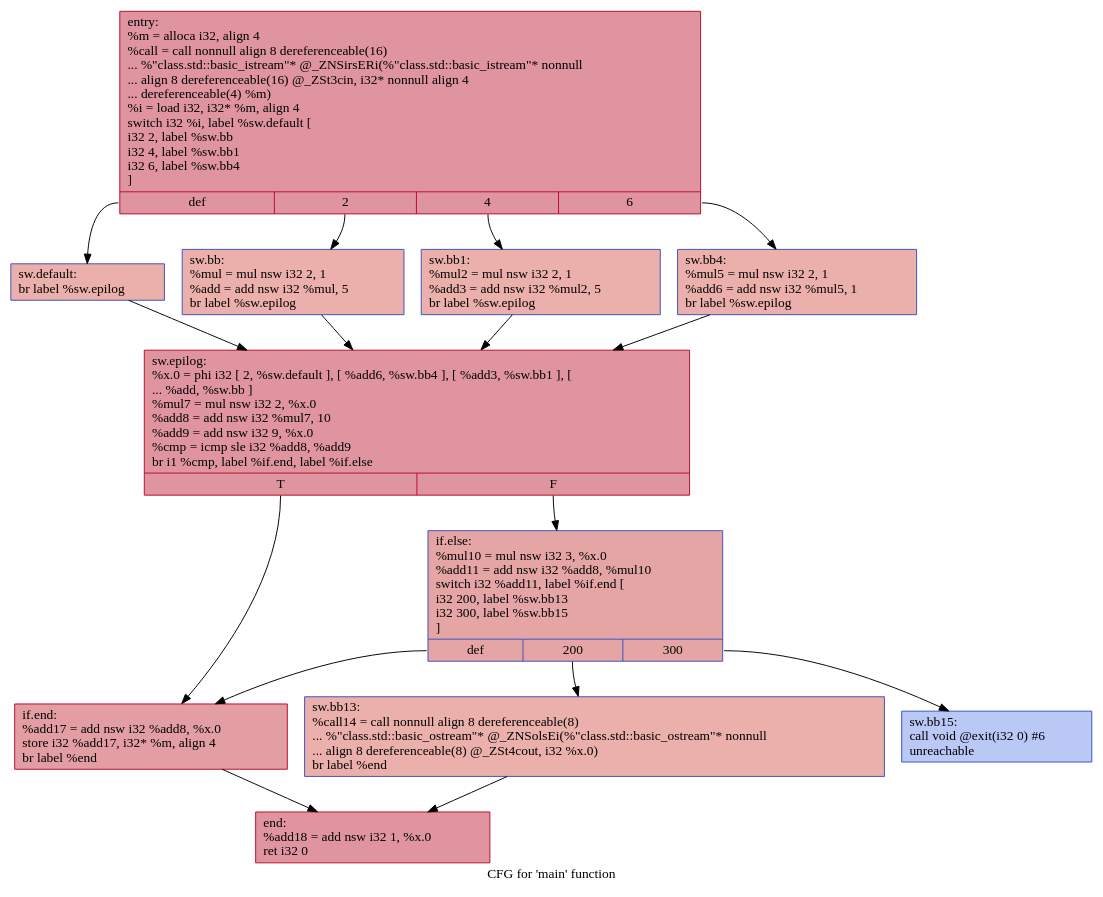
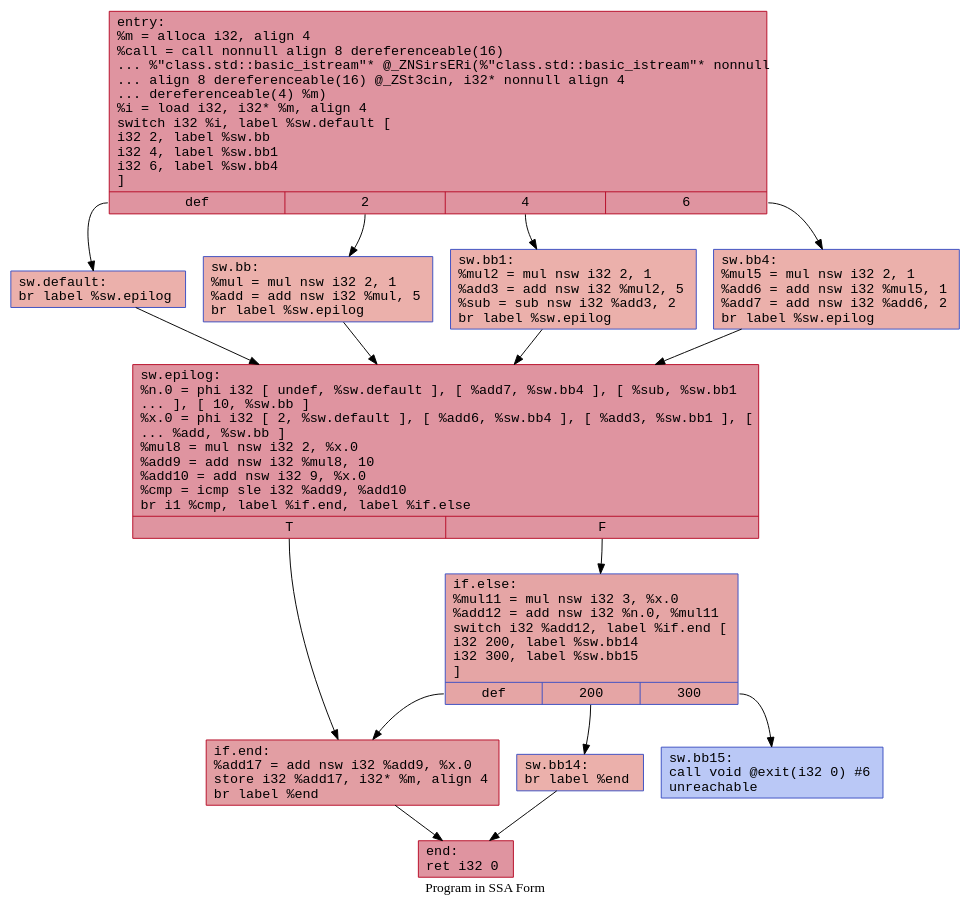
Before and after one commit to HPSSA-LLVM/HPSSA-LLVM: the diagram in IR/cfg/baseline.dot, drawn with Graphviz. The commit also changed 42 other files, not shown here.

```diff
--- a/IR/cfg/baseline.dot
+++ b/IR/cfg/baseline.dot
@@ -1,30 +1,31 @@
 digraph "CFG for 'main' function" {
-	label="CFG for 'main' function";
-
-	Node0x561a5ad17260 [shape=record,color="#b70d28ff", style=filled, fillcolor="#b70d2870",label="{entry:\l  %m = alloca i32, align 4\l  %call = call nonnull align 8 dereferenceable(16)\l... %\"class.std::basic_istream\"* @_ZNSirsERi(%\"class.std::basic_istream\"* nonnull\l... align 8 dereferenceable(16) @_ZSt3cin, i32* nonnull align 4\l... dereferenceable(4) %m)\l  %i = load i32, i32* %m, align 4\l  switch i32 %i, label %sw.default [\l    i32 2, label %sw.bb\l    i32 4, label %sw.bb1\l    i32 6, label %sw.bb4\l  ]\l|{<s0>def|<s1>2|<s2>4|<s3>6}}"];
-	Node0x561a5ad17260:s0 -> Node0x561a5ad176a0;
-	Node0x561a5ad17260:s1 -> Node0x561a5ad177b0;
-	Node0x561a5ad17260:s2 -> Node0x561a5ad178b0;
-	Node0x561a5ad17260:s3 -> Node0x561a5ad179b0;
-	Node0x561a5ad177b0 [shape=record,color="#3d50c3ff", style=filled, fillcolor="#d24b4070",label="{sw.bb:                                            \l  %mul = mul nsw i32 2, 1\l  %add = add nsw i32 %mul, 5\l  br label %sw.epilog\l}"];
-	Node0x561a5ad177b0 -> Node0x561a5ad17c60;
-	Node0x561a5ad178b0 [shape=record,color="#3d50c3ff", style=filled, fillcolor="#d24b4070",label="{sw.bb1:                                           \l  %mul2 = mul nsw i32 2, 1\l  %add3 = add nsw i32 %mul2, 5\l  br label %sw.epilog\l}"];
-	Node0x561a5ad178b0 -> Node0x561a5ad17c60;
-	Node0x561a5ad179b0 [shape=record,color="#3d50c3ff", style=filled, fillcolor="#d24b4070",label="{sw.bb4:                                           \l  %mul5 = mul nsw i32 2, 1\l  %add6 = add nsw i32 %mul5, 1\l  br label %sw.epilog\l}"];
-	Node0x561a5ad179b0 -> Node0x561a5ad17c60;
-	Node0x561a5ad176a0 [shape=record,color="#3d50c3ff", style=filled, fillcolor="#d24b4070",label="{sw.default:                                       \l  br label %sw.epilog\l}"];
-	Node0x561a5ad176a0 -> Node0x561a5ad17c60;
-	Node0x561a5ad17c60 [shape=record,color="#b70d28ff", style=filled, fillcolor="#b70d2870",label="{sw.epilog:                                        \l  %x.0 = phi i32 [ 2, %sw.default ], [ %add6, %sw.bb4 ], [ %add3, %sw.bb1 ], [\l... %add, %sw.bb ]\l  %mul7 = mul nsw i32 2, %x.0\l  %add8 = add nsw i32 %mul7, 10\l  %add9 = add nsw i32 9, %x.0\l  %cmp = icmp sle i32 %add8, %add9\l  br i1 %cmp, label %if.end, label %if.else\l|{<s0>T|<s1>F}}"];
-	Node0x561a5ad17c60:s0 -> Node0x561a5ad18740;
-	Node0x561a5ad17c60:s1 -> Node0x561a5ad187b0;
-	Node0x561a5ad187b0 [shape=record,color="#3d50c3ff", style=filled, fillcolor="#c5333470",label="{if.else:                                          \l  %mul10 = mul nsw i32 3, %x.0\l  %add11 = add nsw i32 %add8, %mul10\l  switch i32 %add11, label %if.end [\l    i32 200, label %sw.bb13\l    i32 300, label %sw.bb15\l  ]\l|{<s0>def|<s1>200|<s2>300}}"];
-	Node0x561a5ad187b0:s0 -> Node0x561a5ad18740;
-	Node0x561a5ad187b0:s1 -> Node0x561a5ad18a90;
-	Node0x561a5ad187b0:s2 -> Node0x561a5ad18e50;
-	Node0x561a5ad18a90 [shape=record,color="#3d50c3ff", style=filled, fillcolor="#d24b4070",label="{sw.bb13:                                          \l  %call14 = call nonnull align 8 dereferenceable(8)\l... %\"class.std::basic_ostream\"* @_ZNSolsEi(%\"class.std::basic_ostream\"* nonnull\l... align 8 dereferenceable(8) @_ZSt4cout, i32 %x.0)\l  br label %end\l}"];
-	Node0x561a5ad18a90 -> Node0x561a5ad191f0;
-	Node0x561a5ad18e50 [shape=record,color="#3d50c3ff", style=filled, fillcolor="#6282ea70",label="{sw.bb15:                                          \l  call void @exit(i32 0) #6\l  unreachable\l}"];
-	Node0x561a5ad18740 [shape=record,color="#b70d28ff", style=filled, fillcolor="#be242e70",label="{if.end:                                           \l  %add17 = add nsw i32 %add8, %x.0\l  store i32 %add17, i32* %m, align 4\l  br label %end\l}"];
-	Node0x561a5ad18740 -> Node0x561a5ad191f0;
-	Node0x561a5ad191f0 [shape=record,color="#b70d28ff", style=filled, fillcolor="#b70d2870",label="{end:                                              \l  %add18 = add nsw i32 1, %x.0\l  ret i32 0\l}"];
+	label="Program in SSA Form";
+	node [fontname="Courier"];
+	edge [fontname="Courier"];
+	Node0x556ecf279080 [shape=record,color="#b70d28ff", style=filled, fillcolor="#b70d2870",label="{entry:\l  %m = alloca i32, align 4\l  %call = call nonnull align 8 dereferenceable(16)\l... %\"class.std::basic_istream\"* @_ZNSirsERi(%\"class.std::basic_istream\"* nonnull\l... align 8 dereferenceable(16) @_ZSt3cin, i32* nonnull align 4\l... dereferenceable(4) %m)\l  %i = load i32, i32* %m, align 4\l  switch i32 %i, label %sw.default [\l    i32 2, label %sw.bb\l    i32 4, label %sw.bb1\l    i32 6, label %sw.bb4\l  ]\l|{<s0>def|<s1>2|<s2>4|<s3>6}}"];
+	Node0x556ecf279080:s0 -> Node0x556ecf2794c0;
+	Node0x556ecf279080:s1 -> Node0x556ecf2795d0;
+	Node0x556ecf279080:s2 -> Node0x556ecf2796d0;
+	Node0x556ecf279080:s3 -> Node0x556ecf2797d0;
+	Node0x556ecf2795d0 [shape=record,color="#3d50c3ff", style=filled, fillcolor="#d24b4070",label="{sw.bb:                                            \l  %mul = mul nsw i32 2, 1\l  %add = add nsw i32 %mul, 5\l  br label %sw.epilog\l}"];
+	Node0x556ecf2795d0 -> Node0x556ecf279a80;
+	Node0x556ecf2796d0 [shape=record,color="#3d50c3ff", style=filled, fillcolor="#d24b4070",label="{sw.bb1:                                           \l  %mul2 = mul nsw i32 2, 1\l  %add3 = add nsw i32 %mul2, 5\l  %sub = sub nsw i32 %add3, 2\l  br label %sw.epilog\l}"];
+	Node0x556ecf2796d0 -> Node0x556ecf279a80;
+	Node0x556ecf2797d0 [shape=record,color="#3d50c3ff", style=filled, fillcolor="#d24b4070",label="{sw.bb4:                                           \l  %mul5 = mul nsw i32 2, 1\l  %add6 = add nsw i32 %mul5, 1\l  %add7 = add nsw i32 %add6, 2\l  br label %sw.epilog\l}"];
+	Node0x556ecf2797d0 -> Node0x556ecf279a80;
+	Node0x556ecf2794c0 [shape=record,color="#3d50c3ff", style=filled, fillcolor="#d24b4070",label="{sw.default:                                       \l  br label %sw.epilog\l}"];
+	Node0x556ecf2794c0 -> Node0x556ecf279a80;
+	Node0x556ecf279a80 [shape=record,color="#b70d28ff", style=filled, fillcolor="#b70d2870",label="{sw.epilog:                                        \l  %n.0 = phi i32 [ undef, %sw.default ], [ %add7, %sw.bb4 ], [ %sub, %sw.bb1\l... ], [ 10, %sw.bb ]\l  %x.0 = phi i32 [ 2, %sw.default ], [ %add6, %sw.bb4 ], [ %add3, %sw.bb1 ], [\l... %add, %sw.bb ]\l  %mul8 = mul nsw i32 2, %x.0\l  %add9 = add nsw i32 %mul8, 10\l  %add10 = add nsw i32 9, %x.0\l  %cmp = icmp sle i32 %add9, %add10\l  br i1 %cmp, label %if.end, label %if.else\l|{<s0>T|<s1>F}}"];
+	Node0x556ecf279a80:s0 -> Node0x556ecf27ac10;
+	Node0x556ecf279a80:s1 -> Node0x556ecf27ac80;
+	Node0x556ecf27ac80 [shape=record,color="#3d50c3ff", style=filled, fillcolor="#c5333470",label="{if.else:                                          \l  %mul11 = mul nsw i32 3, %x.0\l  %add12 = add nsw i32 %n.0, %mul11\l  switch i32 %add12, label %if.end [\l    i32 200, label %sw.bb14\l    i32 300, label %sw.bb15\l  ]\l|{<s0>def|<s1>200|<s2>300}}"];
+	Node0x556ecf27ac80:s0 -> Node0x556ecf27ac10;
+	Node0x556ecf27ac80:s1 -> Node0x556ecf27b280;
+	Node0x556ecf27ac80:s2 -> Node0x556ecf27b320;
+	Node0x556ecf27b280 [shape=record,color="#3d50c3ff", style=filled, fillcolor="#d24b4070",label="{sw.bb14:                                          \l  br label %end\l}"];
+	Node0x556ecf27b280 -> Node0x556ecf27b4b0;
+	Node0x556ecf27b320 [shape=record,color="#3d50c3ff", style=filled, fillcolor="#6282ea70",label="{sw.bb15:                                          \l  call void @exit(i32 0) #6\l  unreachable\l}"];
+	Node0x556ecf27ac10 [shape=record,color="#b70d28ff", style=filled, fillcolor="#be242e70",label="{if.end:                                           \l  %add17 = add nsw i32 %add9, %x.0\l  store i32 %add17, i32* %m, align 4\l  br label %end\l}"];
+	Node0x556ecf27ac10 -> Node0x556ecf27b4b0;
+	Node0x556ecf27b4b0 [shape=record,color="#b70d28ff", style=filled, fillcolor="#b70d2870",label="{end:                                              \l  ret i32 0\l}"];
 }
```
